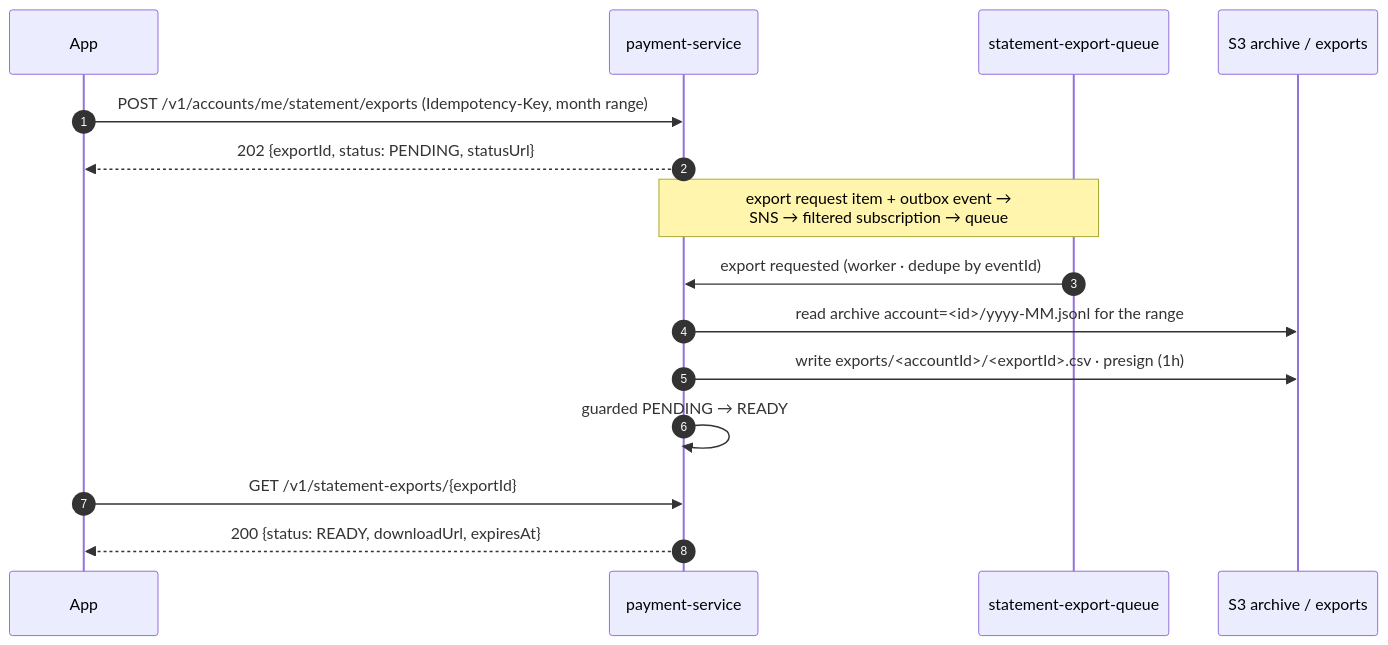
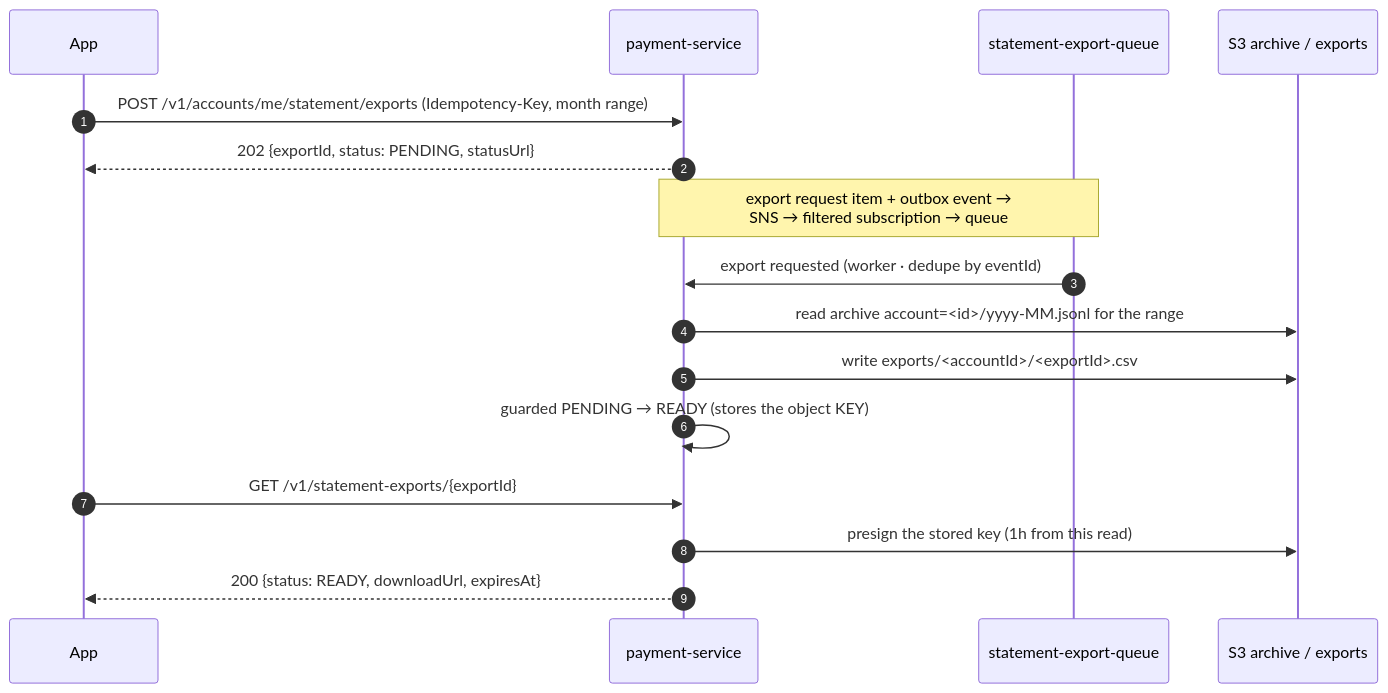
Before and after one commit to filiperibolli/platinumcoin-pix: diagram 18 of 18 in ARCHITECTURE.md, drawn with Mermaid. The commit also changed other lines of this file and 91 other files, not shown here.

````diff
--- a/ARCHITECTURE.md
+++ b/ARCHITECTURE.md
@@ -1019,17 +1019,18 @@
 ```mermaid
 sequenceDiagram
     autonumber
     participant App
     participant PAY as payment-service
     participant Q as statement-export-queue
     participant S3 as S3 archive / exports
     App->>PAY: POST /v1/accounts/me/statement/exports (Idempotency-Key, month range)
     PAY-->>App: 202 {exportId, status: PENDING, statusUrl}
     Note over PAY,Q: export request item + outbox event →<br/>SNS → filtered subscription → queue
     Q->>PAY: export requested (worker · dedupe by eventId)
     PAY->>S3: read archive account=<id>/yyyy-MM.jsonl for the range
-    PAY->>S3: write exports/<accountId>/<exportId>.csv · presign (1h)
-    PAY->>PAY: guarded PENDING → READY
+    PAY->>S3: write exports/<accountId>/<exportId>.csv
+    PAY->>PAY: guarded PENDING → READY (stores the object KEY)
     App->>PAY: GET /v1/statement-exports/{exportId}
+    PAY->>S3: presign the stored key (1h from this read)
     PAY-->>App: 200 {status: READY, downloadUrl, expiresAt}
 ```
````
